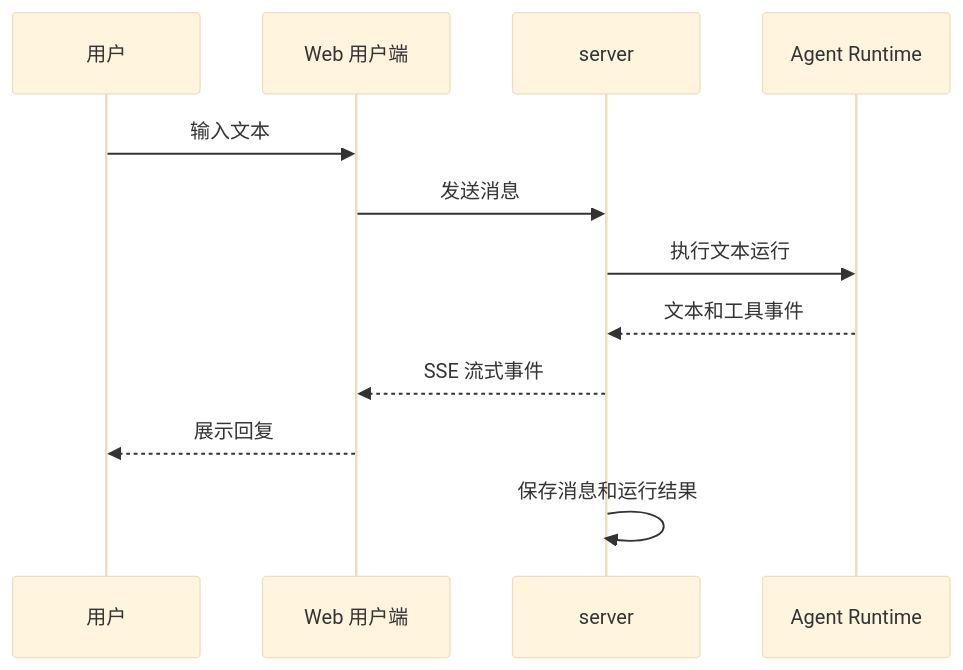
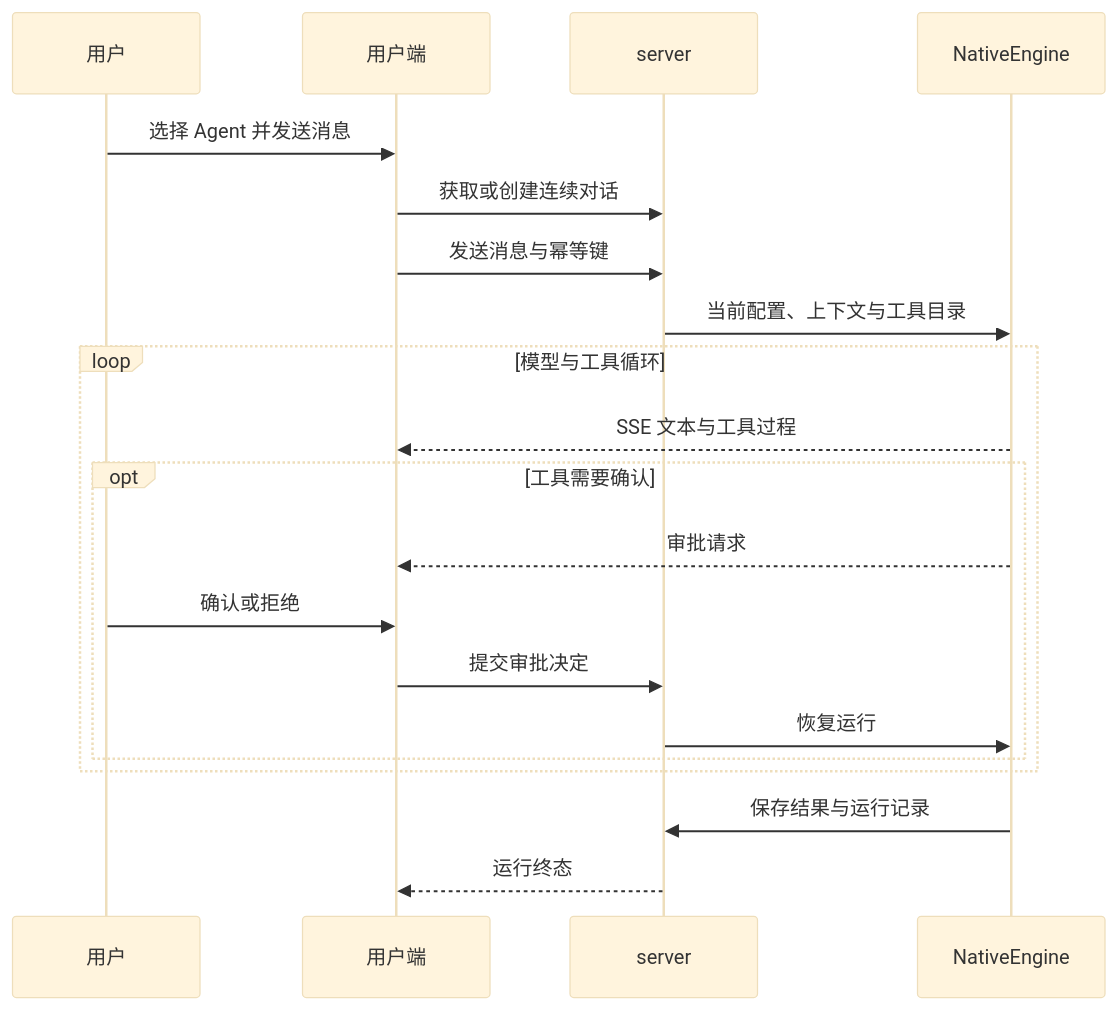
One commit to Lq0412/xa changed the diagram in docs/product-flow.md. Above: the diagram before and after it, drawn with Mermaid (base theme). The commit also changed other lines of this file and 15 other files, not shown here.

````diff
--- a/docs/product-flow.md
+++ b/docs/product-flow.md
@@ -94,15 +17,22 @@
-~~~mermaid
+```mermaid
 sequenceDiagram
-    participant U as 用户
-    participant M as Web 用户端
-    participant S as server
-    participant R as Agent Runtime
-
-    U->>M: 输入文本
-    M->>S: 发送消息
-    S->>R: 执行文本运行
-    R-->>S: 文本和工具事件
-    S-->>M: SSE 流式事件
-    M-->>U: 展示回复
-    S->>S: 保存消息和运行结果
-~~~
+  participant U as 用户
+  participant W as 用户端
+  participant S as server
+  participant E as NativeEngine
+  U->>W: 选择 Agent 并发送消息
+  W->>S: 获取或创建连续对话
+  W->>S: 发送消息与幂等键
+  S->>E: 当前配置、上下文与工具目录
+  loop 模型与工具循环
+    E-->>W: SSE 文本与工具过程
+    opt 工具需要确认
+      E-->>W: 审批请求
+      U->>W: 确认或拒绝
+      W->>S: 提交审批决定
+      S->>E: 恢复运行
+    end
+  end
+  E->>S: 保存结果与运行记录
+  S-->>W: 运行终态
+```
````
